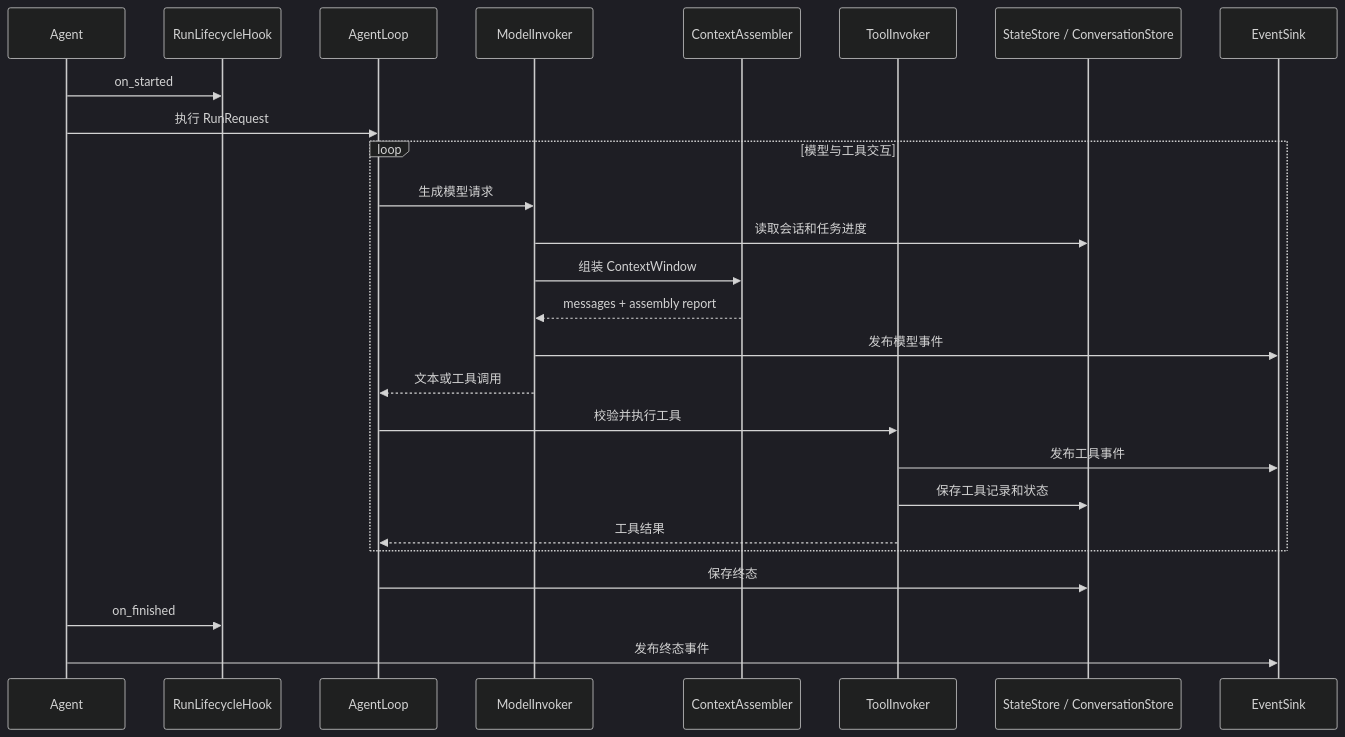
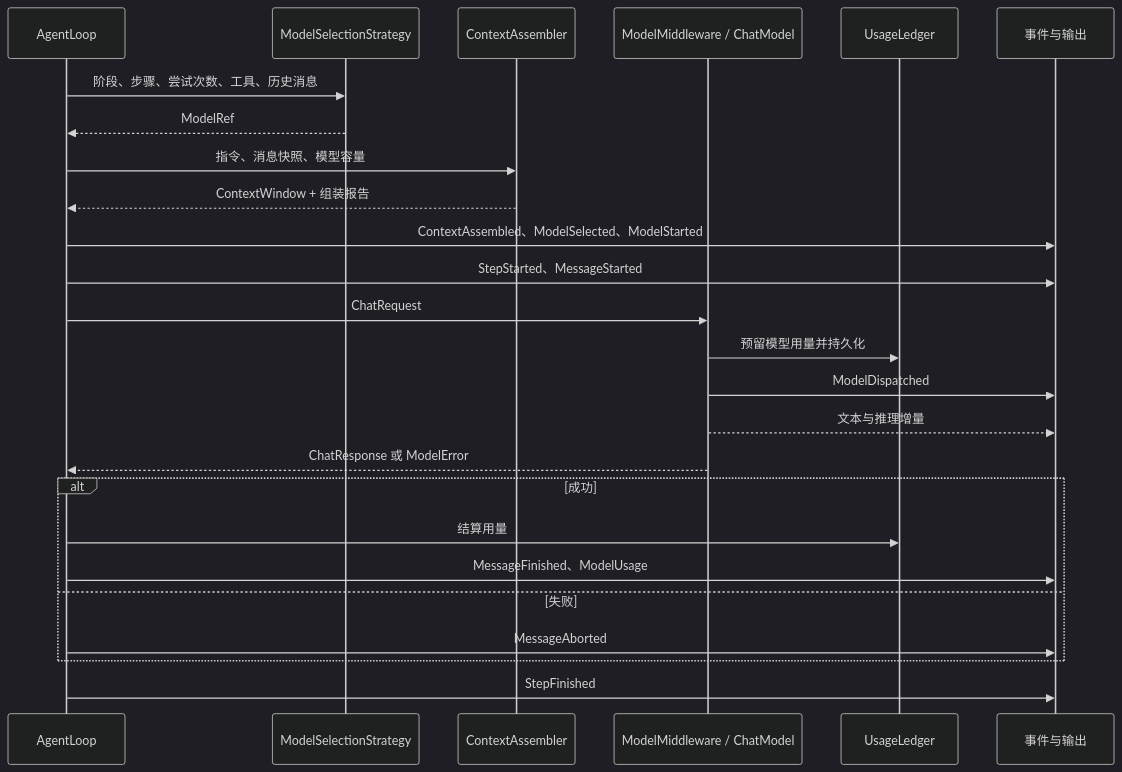
Before and after one commit to Penglai-Link/eliteforge-agent-framework: the fifth of 18 diagrams in docs/architecture.md, drawn with Mermaid (dark theme). The commit also changed other lines of this file and 23 other files, not shown here.

````diff
--- a/docs/architecture.md
+++ b/docs/architecture.md
@@ -125,29 +179,28 @@
 ```mermaid
 sequenceDiagram
-    participant A as Agent
-    participant H as RunLifecycleHook
-    participant L as AgentLoop
-    participant M as ModelInvoker
-    participant C as ContextAssembler
-    participant T as ToolInvoker
-    participant S as StateStore / ConversationStore
-    participant E as EventSink
+    participant Runner as AgentLoop
+    participant Select as ModelSelectionStrategy
+    participant Context as ContextAssembler
+    participant Model as ModelMiddleware / ChatModel
+    participant Budget as UsageLedger
+    participant Events as 事件与输出
 
-    A->>H: on_started
-    A->>L: 执行 RunRequest
-    loop 模型与工具交互
-        L->>M: 生成模型请求
-        M->>S: 读取会话和任务进度
-        M->>C: 组装 ContextWindow
-        C-->>M: messages + assembly report
-        M->>E: 发布模型事件
-        M-->>L: 文本或工具调用
-        L->>T: 校验并执行工具
-        T->>E: 发布工具事件
-        T->>S: 保存工具记录和状态
-        T-->>L: 工具结果
+    Runner->>Select: 阶段、步骤、尝试次数、工具、历史消息
+    Select-->>Runner: ModelRef
+    Runner->>Context: 指令、消息快照、模型容量
+    Context-->>Runner: ContextWindow + 组装报告
+    Runner->>Events: ContextAssembled、ModelSelected、ModelStarted
+    Runner->>Events: StepStarted、MessageStarted
+    Runner->>Model: ChatRequest
+    Model->>Budget: 预留模型用量并持久化
+    Model->>Events: ModelDispatched
+    Model-->>Events: 文本与推理增量
+    Model-->>Runner: ChatResponse 或 ModelError
+    alt 成功
+        Runner->>Budget: 结算用量
+        Runner->>Events: MessageFinished、ModelUsage
+    else 失败
+        Runner->>Events: MessageAborted
     end
-    L->>S: 保存终态
-    A->>H: on_finished
-    A->>E: 发布终态事件
+    Runner->>Events: StepFinished
 ```
````
